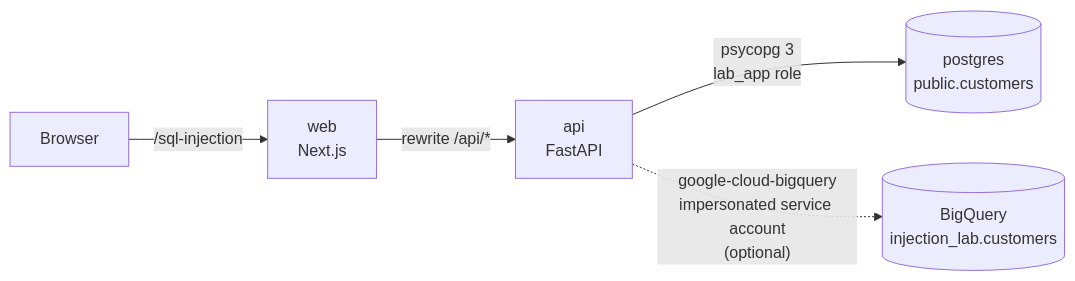
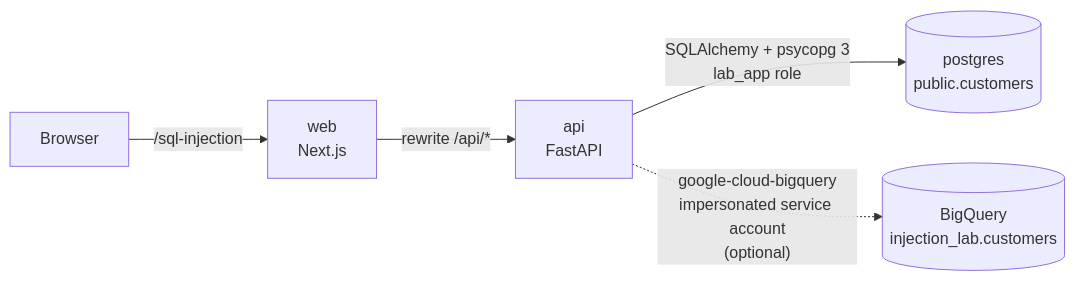
Before and after one commit to FeBalla/sql-injection-demo: the diagram in README.md, drawn with Mermaid. The commit also changed other lines of this file and 1 other file, not shown here.

````diff
--- a/README.md
+++ b/README.md
@@ -49,7 +49,7 @@
 ```mermaid
 flowchart LR
   B[Browser] -->|/sql-injection| W["web<br/>Next.js"]
   W -->|"rewrite /api/*"| A["api<br/>FastAPI"]
-  A -->|"psycopg 3<br/>lab_app role"| P[("postgres<br/>public.customers")]
+  A -->|"SQLAlchemy + psycopg 3<br/>lab_app role"| P[("postgres<br/>public.customers")]
   A -.->|"google-cloud-bigquery<br/>impersonated service account<br/>(optional)"| Q[("BigQuery<br/>injection_lab.customers")]
 ```
````
